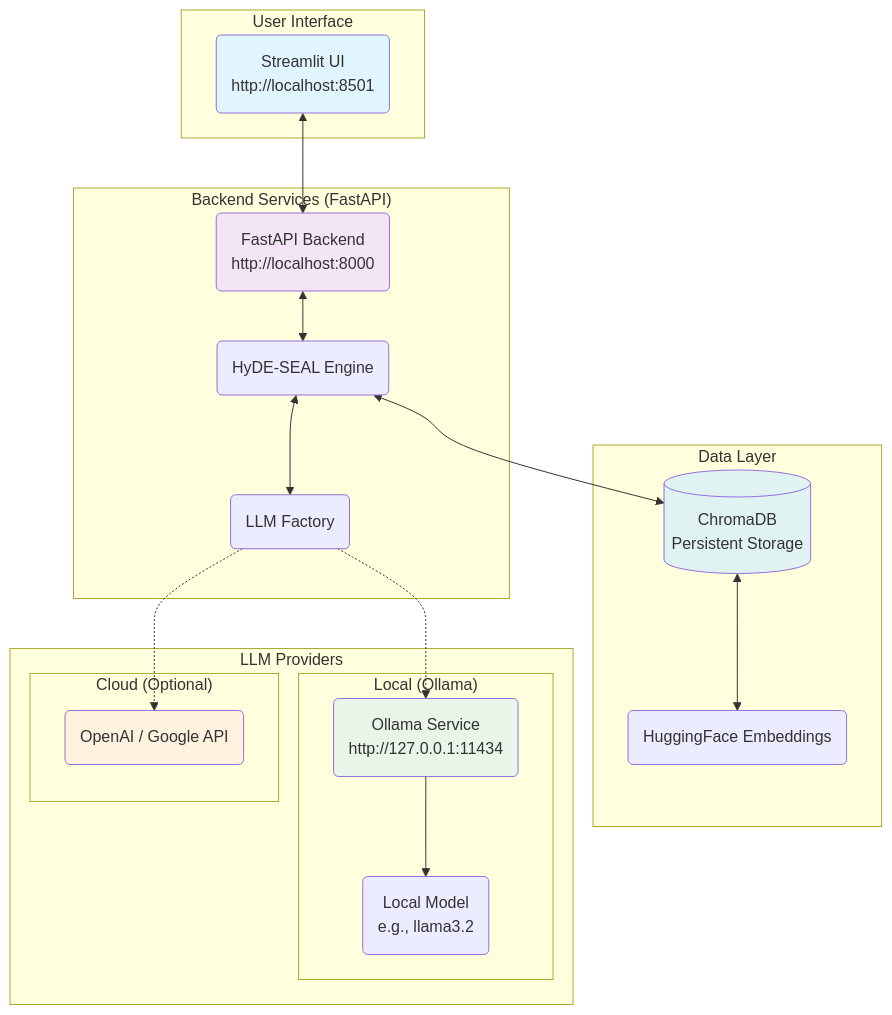
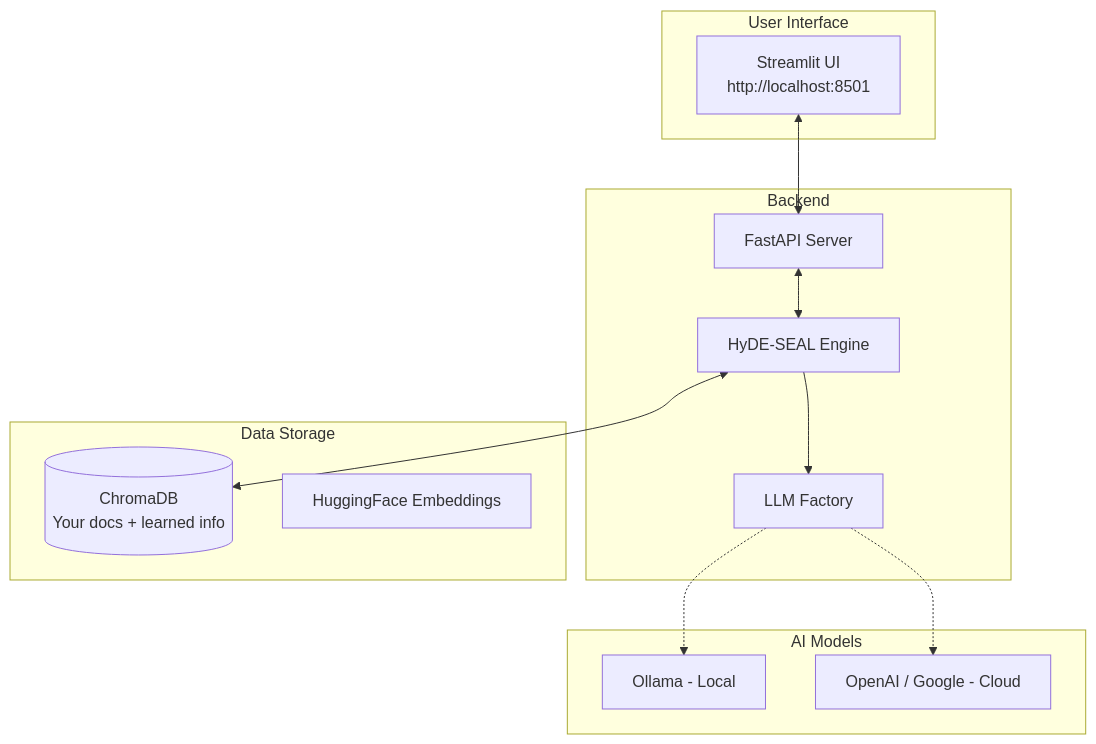
The second of 2 diagrams in README.md (ayushsyntax/Reasona), drawn with Mermaid before and after one commit. The commit also changed other lines of this file, not shown here.

````diff
--- a/README.md
+++ b/README.md
@@ -92,42 +57,25 @@
 ```mermaid
 graph TB
-    subgraph "User Interface"
-        UI(Streamlit UI<br/>http://localhost:8501)
+    subgraph "User Interface" 
+        UI[Streamlit UI<br/>http://localhost:8501]
     end
-
-    subgraph "Backend Services (FastAPI)"
-        BE(FastAPI Backend<br/>http://localhost:8000)
-        ENG(HyDE-SEAL Engine)
-        LLMF(LLM Factory)
+    subgraph "Backend" 
+        BE[FastAPI Server]
+        ENG[HyDE-SEAL Engine]
+        LLMF[LLM Factory]
     end
-
-    subgraph "Data Layer"
-        VDB[(ChromaDB<br/>Persistent Storage)]
-        EMB(HuggingFace Embeddings)
+    subgraph "Data Storage" 
+        VDB[(ChromaDB<br/>Your docs + learned info)]
+        EMB[HuggingFace Embeddings]
     end
-
-    subgraph "LLM Providers"
-        subgraph "Local (Ollama)"
-            OLL_SVC(Ollama Service<br/>http://127.0.0.1:11434)
-            OLL_MODEL(Local Model<br/>e.g., llama3.2)
-        end
-        subgraph "Cloud (Optional)"
-            CLOUD_API(OpenAI / Google API)
-        end
+    subgraph "AI Models" 
+        OLL[Ollama - Local]
+        API[OpenAI / Google - Cloud]
     end
-
     UI <--> BE
     BE <--> ENG
-    ENG <--> LLMF
-    LLMF -.-> OLL_SVC
-    LLMF -.-> CLOUD_API
     ENG <--> VDB
-    VDB <--> EMB
-    OLL_SVC --> OLL_MODEL
-
-    style UI fill:#e1f5fe
-    style BE fill:#f3e5f5
-    style VDB fill:#e0f2f1
-    style OLL_SVC fill:#e8f5e8
-    style CLOUD_API fill:#fff3e0
+    ENG --> LLMF
+    LLMF -.-> OLL
+    LLMF -.-> API
 ```
````
